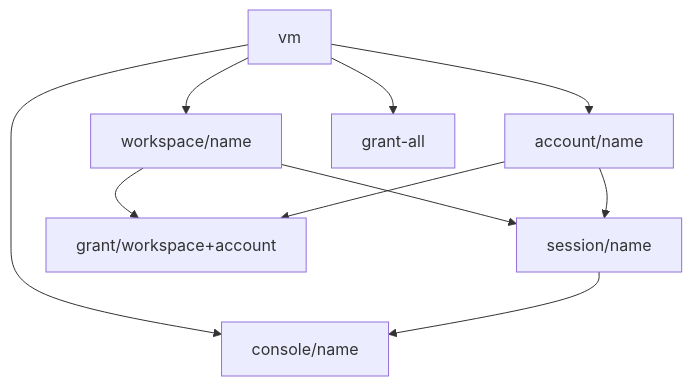
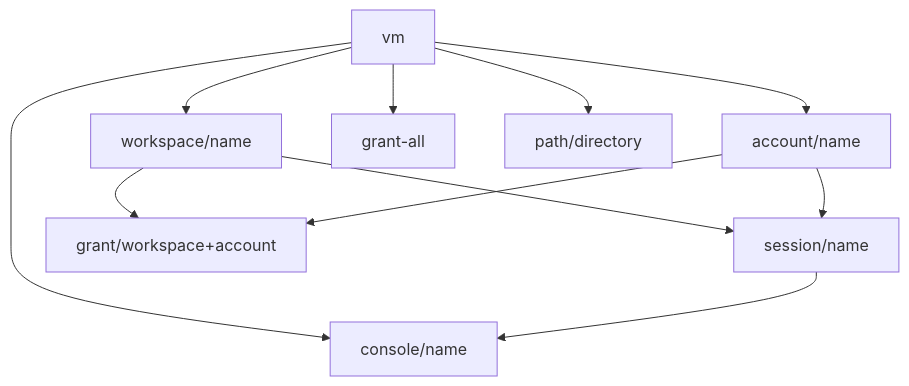
The diagram in docs/sdd/2026-11-22-native-lock-hierarchy/hla.md (WayfarerLabs/agentworks), drawn with Mermaid before and after one commit. The commit also changed other lines of this file and 1 other file, not shown here.

First line of the commit message:
docs(sdd): lock workspace trees by path instead of refusing nesting

````diff
--- a/docs/sdd/2026-11-22-native-lock-hierarchy/hla.md
+++ b/docs/sdd/2026-11-22-native-lock-hierarchy/hla.md
@@ -35,12 +35,13 @@
 ```mermaid
 graph TD
   VM[vm] --> WS[workspace/name]
   VM --> ACCT[account/name]
   VM --> CON[console/name]
   WS --> SESS[session/name]
   ACCT --> SESS
   WS --> GRANT[grant/workspace+account]
   ACCT --> GRANT
   VM --> GALL[grant-all]
+  VM --> PATH[path/directory]
   SESS --> CON
 ```
````
